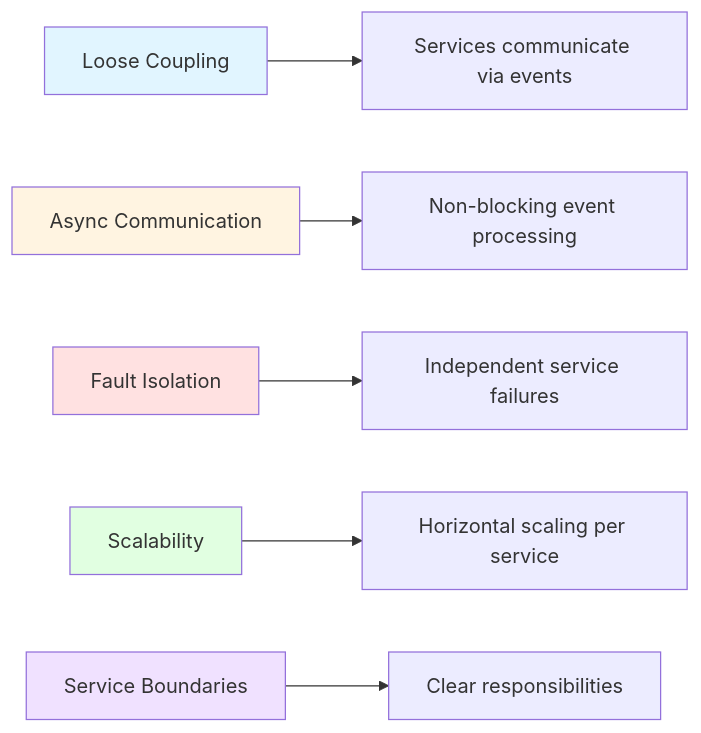
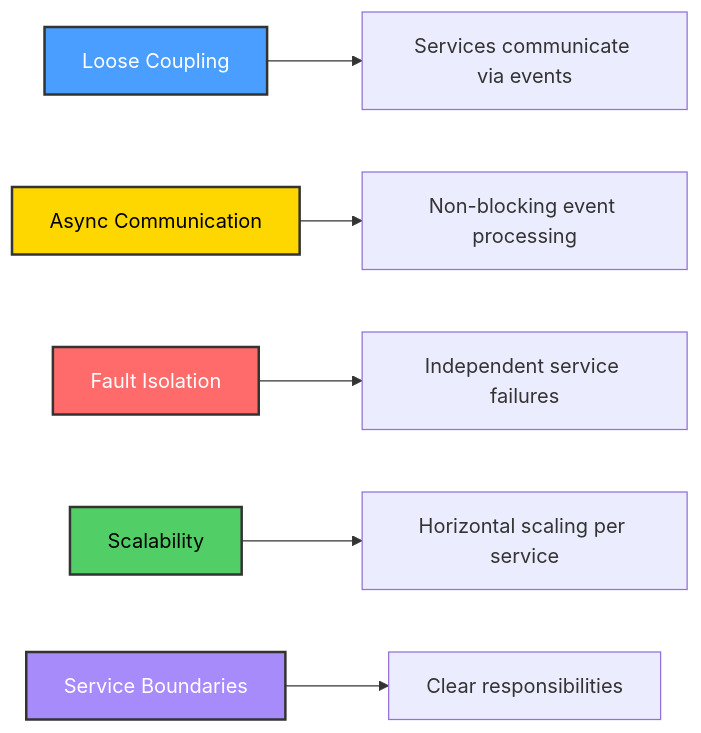
The third of 6 diagrams in Level_3/Semester_1/Distributed_Systems/Project/System_Architecture_in_Distributed_Systems/README.md (elewashy/Tanta-University), drawn with Mermaid before and after one commit. The commit also changed other lines of this file and 4 other files, not shown here.

````diff
--- a/Level_3/Semester_1/Distributed_Systems/Project/System_Architecture_in_Distributed_Systems/README.md
+++ b/Level_3/Semester_1/Distributed_Systems/Project/System_Architecture_in_Distributed_Systems/README.md
@@ -117,14 +117,14 @@
 ```mermaid
 graph LR
     A[Loose Coupling] --> B[Services communicate via events]
     C[Async Communication] --> D[Non-blocking event processing]
     E[Fault Isolation] --> F[Independent service failures]
     G[Scalability] --> H[Horizontal scaling per service]
     I[Service Boundaries] --> J[Clear responsibilities]
     
-    style A fill:#e1f5ff
-    style C fill:#fff4e1
-    style E fill:#ffe1e1
-    style G fill:#e1ffe1
-    style I fill:#f0e1ff
+    style A fill:#4a9eff,stroke:#333,stroke-width:2px,color:#fff
+    style C fill:#ffd700,stroke:#333,stroke-width:2px,color:#000
+    style E fill:#ff6b6b,stroke:#333,stroke-width:2px,color:#fff
+    style G fill:#51cf66,stroke:#333,stroke-width:2px,color:#000
+    style I fill:#a78bfa,stroke:#333,stroke-width:2px,color:#fff
 ```
````
